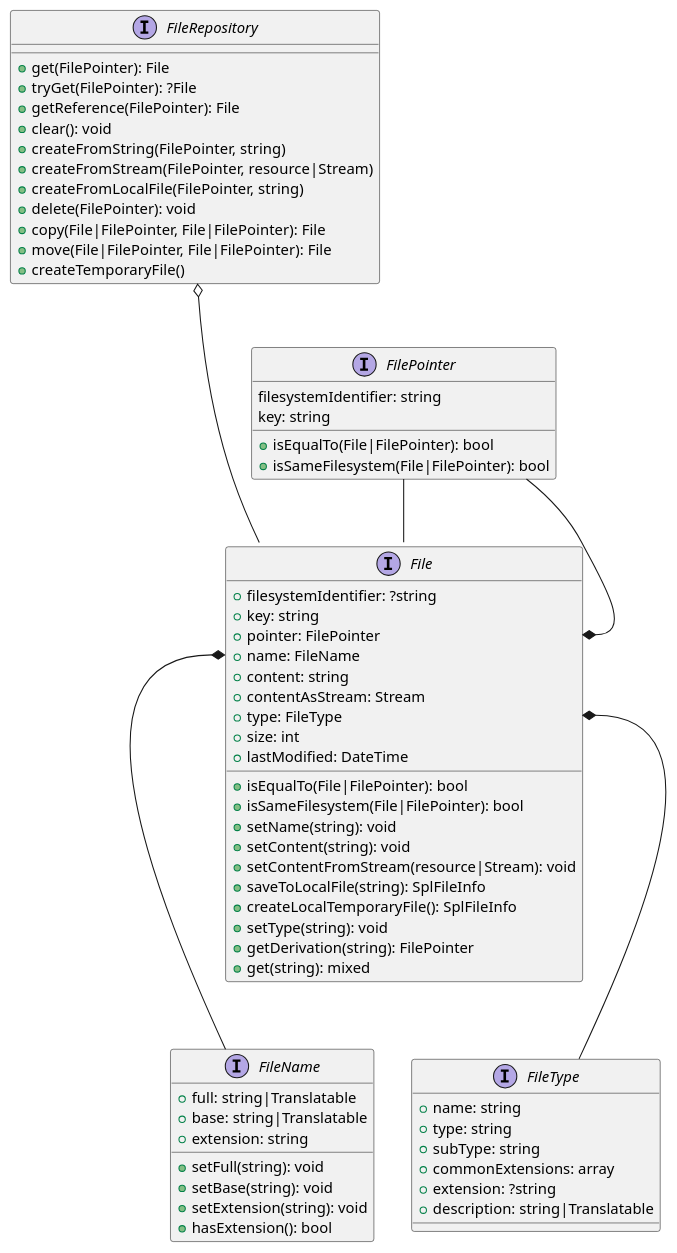
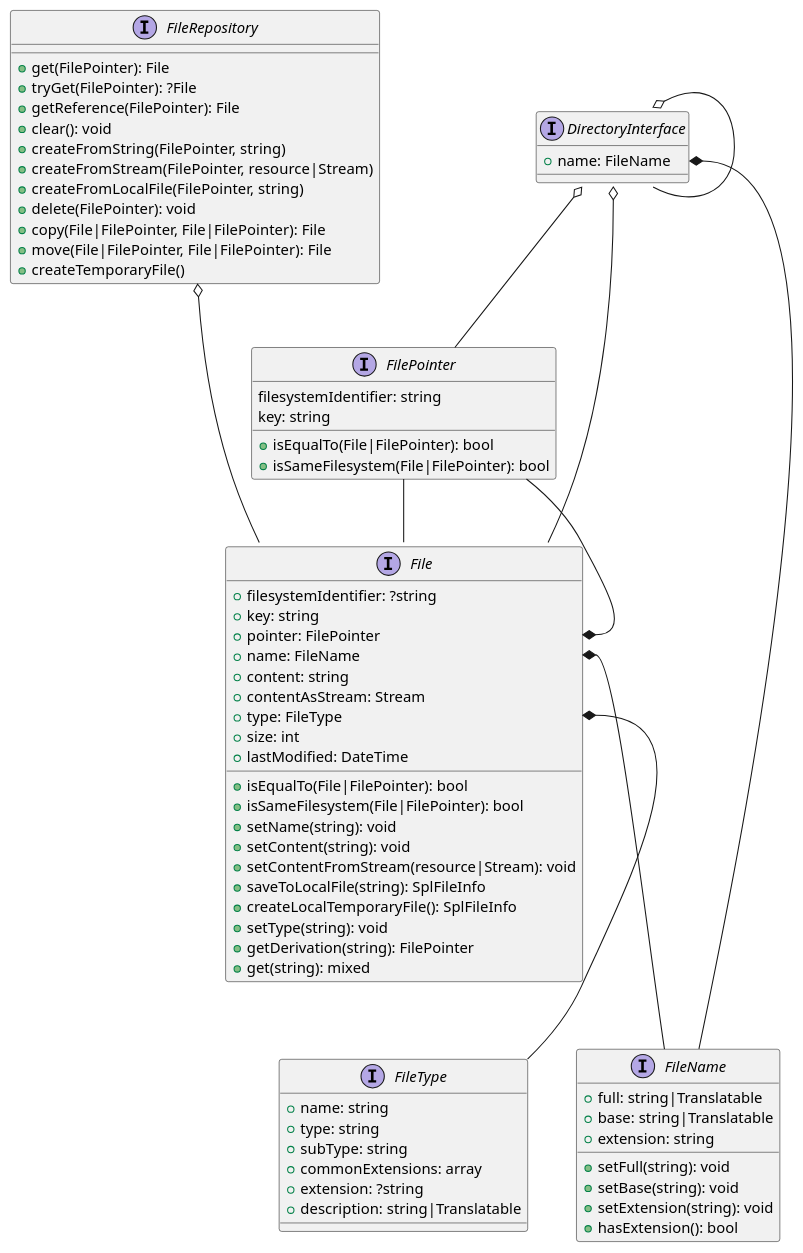
Before and after one commit to rekalogika/rekalogika.dev: the diagram in diagrams/file.wsd, drawn with PlantUML. The commit also changed 8 other files, not shown here.

```diff
--- a/diagrams/file.wsd
+++ b/diagrams/file.wsd
@@ -1,70 +1,79 @@
 @startuml file
 interface FileRepository {
     +get(FilePointer): File
     +tryGet(FilePointer): ?File
     +getReference(FilePointer): File
     +clear(): void
     +createFromString(FilePointer, string)
     +createFromStream(FilePointer, resource|Stream)
     +createFromLocalFile(FilePointer, string)
     +delete(FilePointer): void
     +copy(File|FilePointer, File|FilePointer): File
     +move(File|FilePointer, File|FilePointer): File
     +createTemporaryFile()
 }
 
+interface DirectoryInterface {
+    +name: FileName
+}
+
 interface FilePointer {
     filesystemIdentifier: string
     key: string
     +isEqualTo(File|FilePointer): bool
     +isSameFilesystem(File|FilePointer): bool
 }
+
+DirectoryInterface o-- FilePointer
+DirectoryInterface o-- File
+DirectoryInterface o-- DirectoryInterface
+DirectoryInterface::name *-- FileName
 
 FileRepository o--- File
 FilePointer --* File::pointer
 FilePointer -- File
 
 interface File {
     +filesystemIdentifier: ?string
     +key: string
     +pointer: FilePointer
     +isEqualTo(File|FilePointer): bool
     +isSameFilesystem(File|FilePointer): bool
     +name: FileName
     +setName(string): void
     +setContent(string): void
     +setContentFromStream(resource|Stream): void
     +content: string
     +contentAsStream: Stream
     +saveToLocalFile(string): SplFileInfo
     +createLocalTemporaryFile(): SplFileInfo
     +type: FileType
     +setType(string): void
     +size: int
     +lastModified: DateTime
     +getDerivation(string): FilePointer
     +get(string): mixed
 }
 
 File::name *-- FileName
 File::type *-- FileType
 
 interface FileName {
     +full: string|Translatable
     +setFull(string): void
     +base: string|Translatable
     +setBase(string): void
     +extension: string
     +setExtension(string): void
     +hasExtension(): bool
 }
 
 interface FileType {
     +name: string
     +type: string
     +subType: string
     +commonExtensions: array
     +extension: ?string
     +description: string|Translatable
 }
 @enduml
```
